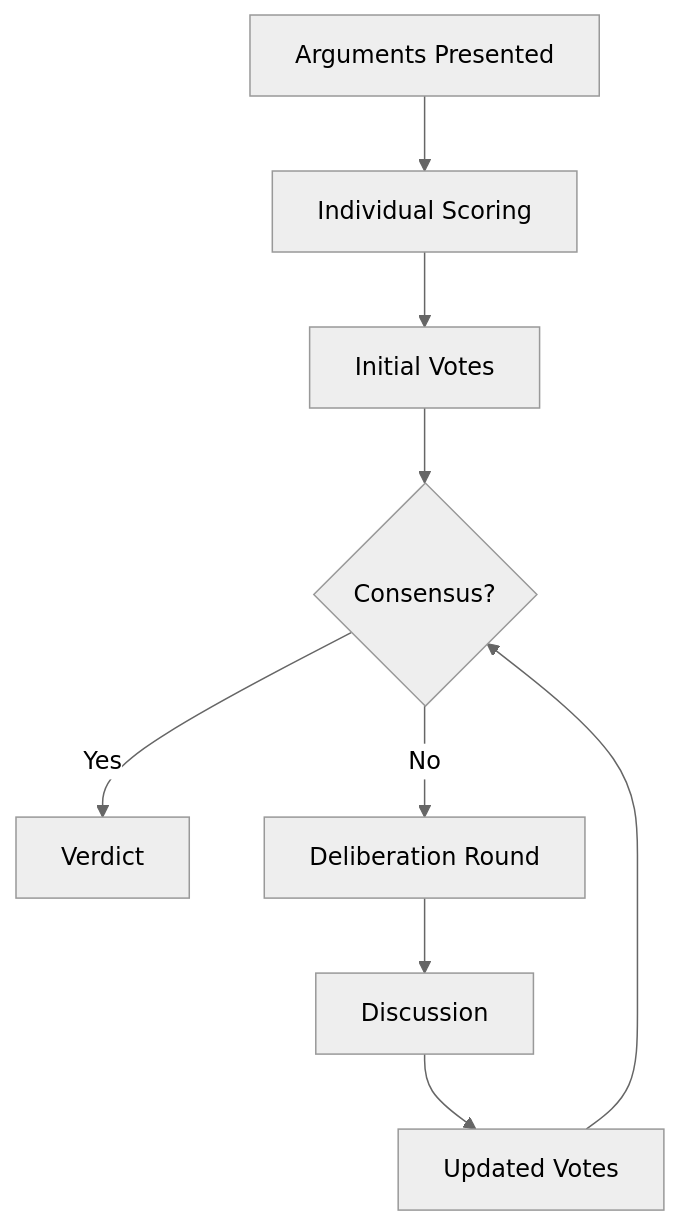
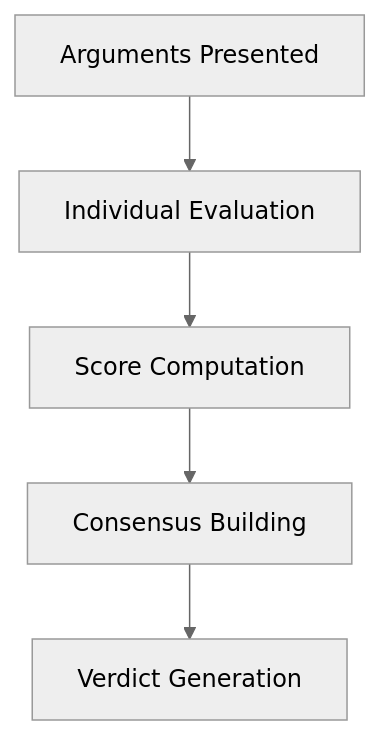
One commit to bassrehab/artemis-agents changed the diagram in docs/concepts/jury.md. Above: the diagram before and after it, drawn with Mermaid (neutral theme). The commit also changed other lines of this file and 11 other files, not shown here.

````diff
--- a/docs/concepts/jury.md
+++ b/docs/concepts/jury.md
@@ -73,11 +105,7 @@
 ```mermaid
 graph TD
-    A[Arguments Presented] --> B[Individual Scoring]
-    B --> C[Initial Votes]
-    C --> D{Consensus?}
-    D -->|Yes| E[Verdict]
-    D -->|No| F[Deliberation Round]
-    F --> G[Discussion]
-    G --> H[Updated Votes]
-    H --> D
+    A[Arguments Presented] --> B[Individual Evaluation]
+    B --> C[Score Computation]
+    C --> D[Consensus Building]
+    D --> E[Verdict Generation]
 ```
````
